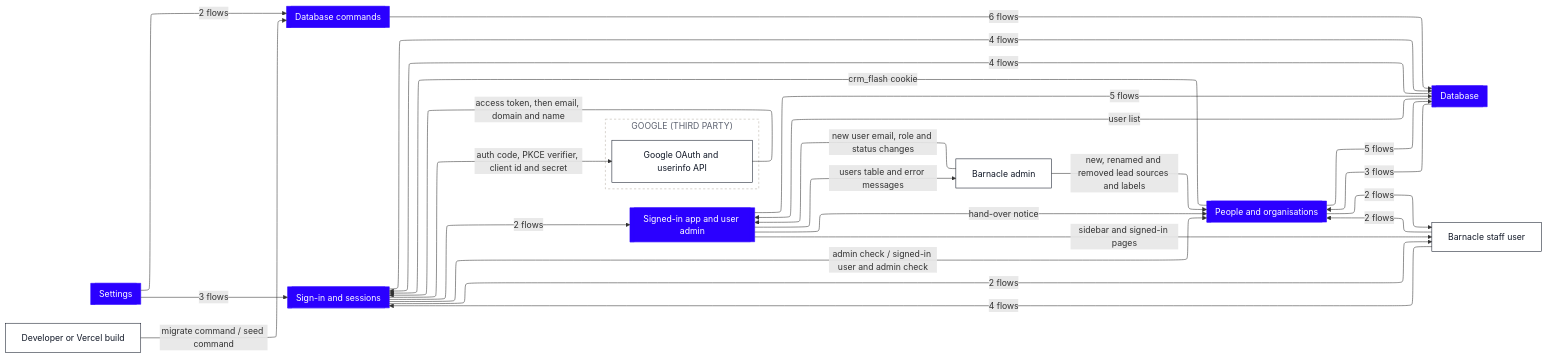
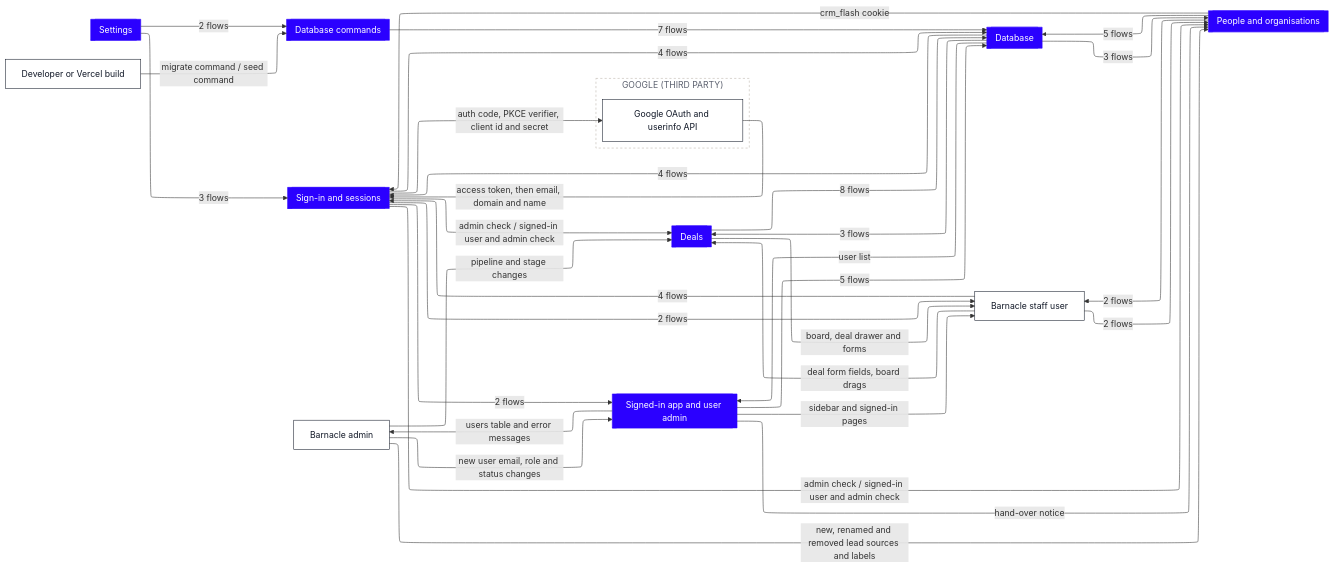
The first of 9 diagrams in dataflow/DATAFLOW.md (Romain-Perche/Barnacle-Pipe), drawn with Mermaid before and after one commit. The commit also changed other lines of this file and 12 other files, not shown here.

````diff
--- a/dataflow/DATAFLOW.md
+++ b/dataflow/DATAFLOW.md
@@ -11,52 +11,59 @@
 ```mermaid
 ---
 config:
   layout: elk
 ---
 flowchart LR
     n1[["Database"]]
     n2[["Database commands"]]
-    n3[["People and organisations"]]
-    n4[["Settings"]]
-    n5[["Sign-in and sessions"]]
-    n6[["Signed-in app and user admin"]]
-    n7["Barnacle admin"]
-    n8["Developer or Vercel build"]
-    n9["Barnacle staff user"]
+    n3[["Deals"]]
+    n4[["People and organisations"]]
+    n5[["Settings"]]
+    n6[["Sign-in and sessions"]]
+    n7[["Signed-in app and user admin"]]
+    n8["Barnacle admin"]
+    n9["Developer or Vercel build"]
+    n10["Barnacle staff user"]
     subgraph z1["GOOGLE (THIRD PARTY)"]
-        n10["Google OAuth and userinfo API"]
+        n11["Google OAuth and userinfo API"]
     end
-    n7 -->|"new, renamed and removed lead sources and labels"| n3
-    n7 -->|"new user email, role and status changes"| n6
-    n6 -->|"sidebar and signed-in pages"| n9
-    n3 -->|"5 flows"| n1
+    n8 -->|"new, renamed and removed lead sources and labels"| n4
+    n8 -->|"pipeline and stage changes"| n3
+    n8 -->|"new user email, role and status changes"| n7
+    n7 -->|"sidebar and signed-in pages"| n10
+    n4 -->|"5 flows"| n1
+    n1 -->|"3 flows"| n4
+    n6 -->|"4 flows"| n1
+    n3 -->|"8 flows"| n1
+    n3 -->|"board, deal drawer and forms"| n10
     n1 -->|"3 flows"| n3
-    n5 -->|"4 flows"| n1
-    n8 -->|"migrate command / seed command"| n2
-    n4 -->|"3 flows"| n5
-    n4 -->|"2 flows"| n2
-    n5 -->|"auth code, PKCE verifier, client id and secret"| n10
-    n5 -->|"2 flows"| n9
-    n10 -->|"access token, then email, domain and name"| n5
-    n2 -->|"6 flows"| n1
-    n3 -->|"2 flows"| n9
-    n3 -->|"crm_flash cookie"| n5
-    n5 -->|"2 flows"| n6
-    n5 -->|"admin check / signed-in user and admin check"| n3
-    n1 -->|"4 flows"| n5
-    n9 -->|"4 flows"| n5
-    n9 -->|"2 flows"| n3
-    n6 -->|"users table and error messages"| n7
-    n6 -->|"5 flows"| n1
-    n6 -->|"hand-over notice"| n3
-    n1 -->|"user list"| n6
+    n9 -->|"migrate command / seed command"| n2
+    n5 -->|"3 flows"| n6
+    n5 -->|"2 flows"| n2
+    n6 -->|"auth code, PKCE verifier, client id and secret"| n11
+    n6 -->|"2 flows"| n10
+    n11 -->|"access token, then email, domain and name"| n6
+    n2 -->|"7 flows"| n1
+    n4 -->|"2 flows"| n10
+    n4 -->|"crm_flash cookie"| n6
+    n6 -->|"2 flows"| n7
+    n6 -->|"admin check / signed-in user and admin check"| n4
+    n6 -->|"admin check / signed-in user and admin check"| n3
+    n1 -->|"4 flows"| n6
+    n10 -->|"deal form fields, board drags"| n3
+    n10 -->|"4 flows"| n6
+    n10 -->|"2 flows"| n4
+    n7 -->|"users table and error messages"| n8
+    n7 -->|"5 flows"| n1
+    n7 -->|"hand-over notice"| n4
+    n1 -->|"user list"| n7
     classDef actor fill:#FFFFFF,stroke:#111827,stroke-width:1px,color:#111827
     classDef process fill:#EDEAFF,stroke:#2B00FF,stroke-width:1.5px,color:#111827
     classDef store fill:#FAF6F1,stroke:#111827,stroke-width:1.5px,color:#111827
     classDef zone fill:#1A1A1A,stroke:#1A1A1A,color:#FFFFFF
     classDef group fill:#2B00FF,stroke:#2B00FF,color:#FFFFFF
     classDef stub fill:#FFFFFF,stroke:#2B00FF,stroke-width:1.5px,stroke-dasharray:5 4,color:#2B00FF
-    class n7,n8,n9,n10 actor
-    class n1,n2,n3,n4,n5,n6 group
+    class n8,n9,n10,n11 actor
+    class n1,n2,n3,n4,n5,n6,n7 group
     style z1 fill:#FFFFFF,stroke:#B9B2A8,stroke-dasharray:4 4,color:#5D6270
 ```
````
